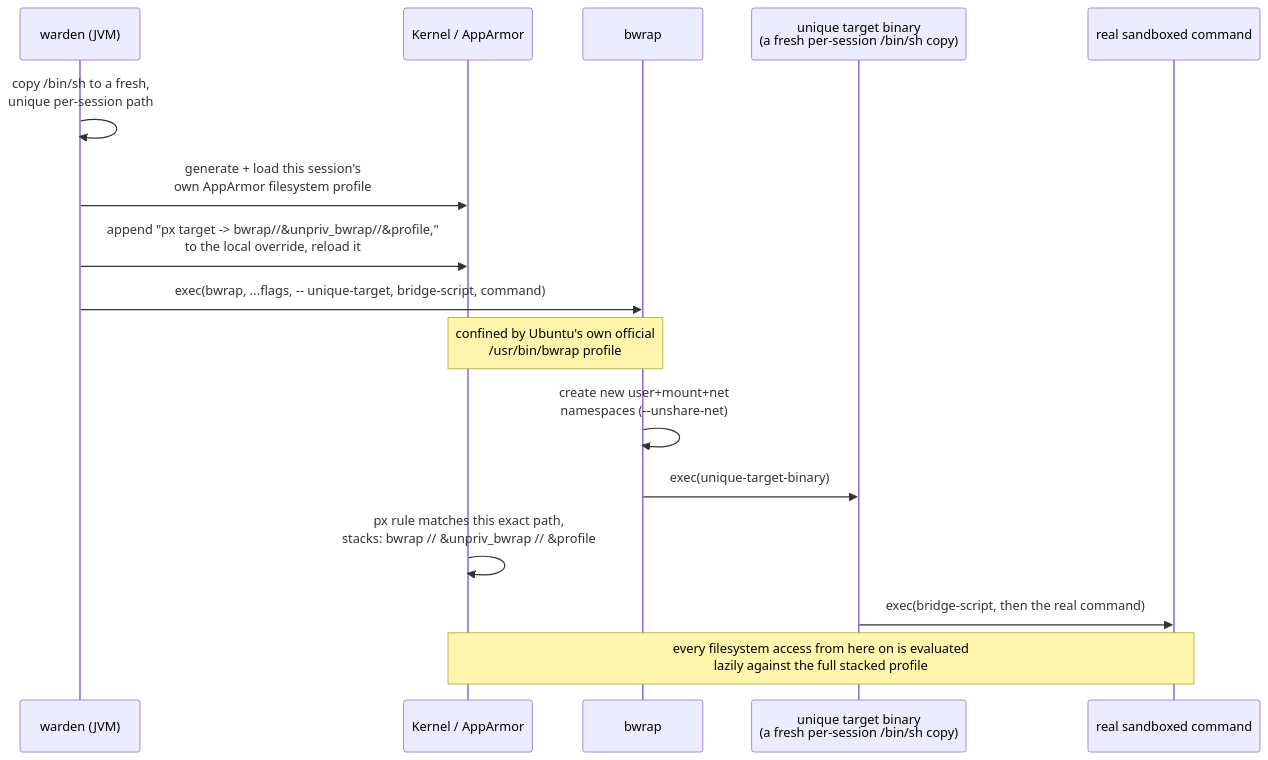
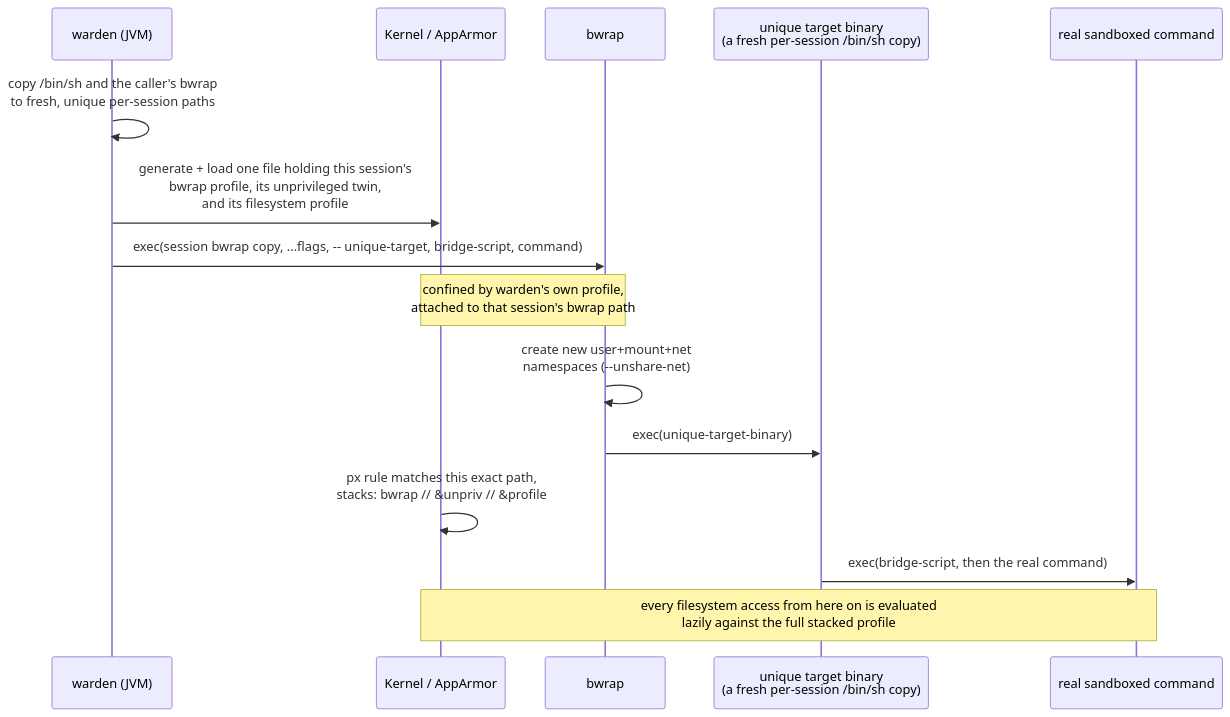
One commit to m-romanowski/warden changed the first of 2 diagrams in README.md. Above: the diagram before and after it, drawn with Mermaid. The commit also changed other lines of this file and 52 other files, not shown here.

````diff
--- a/README.md
+++ b/README.md
@@ -78,19 +78,18 @@
 ```mermaid
 sequenceDiagram
     participant Caller as warden (JVM)
     participant Kernel as Kernel / AppArmor
     participant Bwrap as bwrap
     participant Target as unique target binary<br/>(a fresh per-session /bin/sh copy)
     participant Sandboxed as real sandboxed command
 
-    Caller->>Caller: copy /bin/sh to a fresh,<br/>unique per-session path
-    Caller->>Kernel: generate + load this session's<br/>own AppArmor filesystem profile
-    Caller->>Kernel: append "px target -> bwrap//&unpriv_bwrap//&profile,"<br/>to the local override, reload it
-    Caller->>Bwrap: exec(bwrap, ...flags, -- unique-target, bridge-script, command)
-    Note over Bwrap,Kernel: confined by Ubuntu's own official<br/>/usr/bin/bwrap profile
+    Caller->>Caller: copy /bin/sh and the caller's bwrap<br/>to fresh, unique per-session paths
+    Caller->>Kernel: generate + load one file holding this session's<br/>bwrap profile, its unprivileged twin,<br/>and its filesystem profile
+    Caller->>Bwrap: exec(session bwrap copy, ...flags, -- unique-target, bridge-script, command)
+    Note over Bwrap,Kernel: confined by warden's own profile,<br/>attached to that session's bwrap path
     Bwrap->>Bwrap: create new user+mount+net<br/>namespaces (--unshare-net)
     Bwrap->>Target: exec(unique-target-binary)
-    Kernel->>Kernel: px rule matches this exact path,<br/>stacks: bwrap // &unpriv_bwrap // &profile
+    Kernel->>Kernel: px rule matches this exact path,<br/>stacks: bwrap // &unpriv // &profile
     Target->>Sandboxed: exec(bridge-script, then the real command)
     Note over Sandboxed,Kernel: every filesystem access from here on is evaluated<br/>lazily against the full stacked profile
 ```
````
